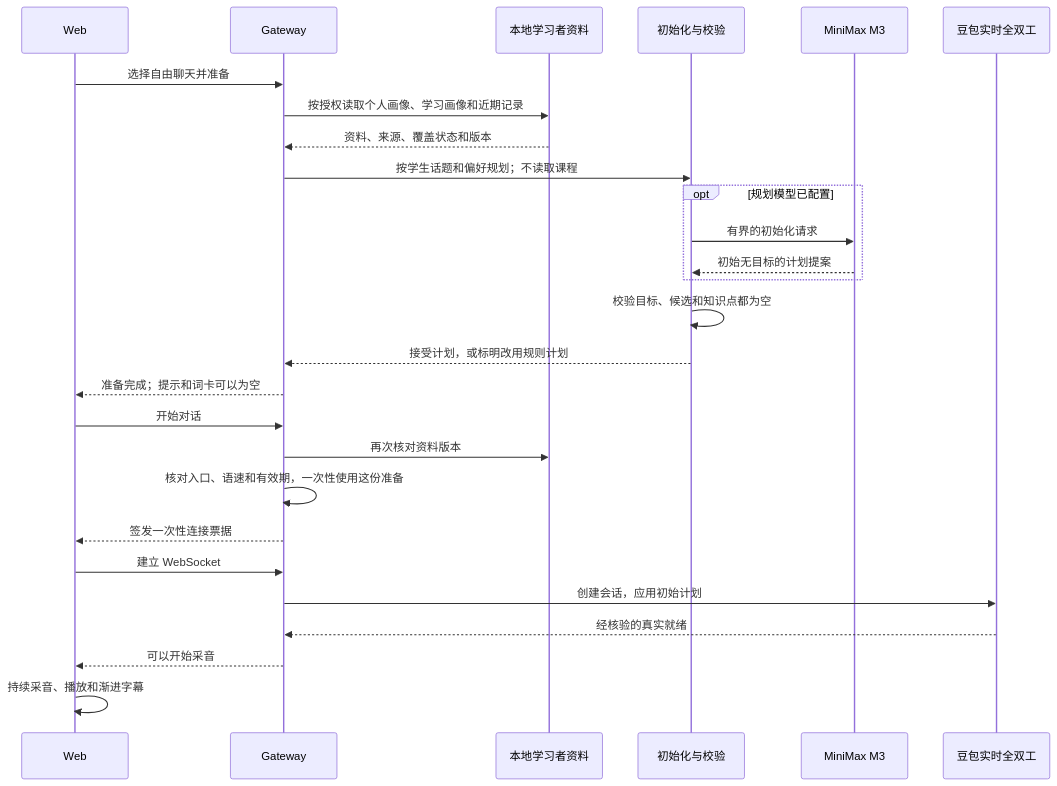
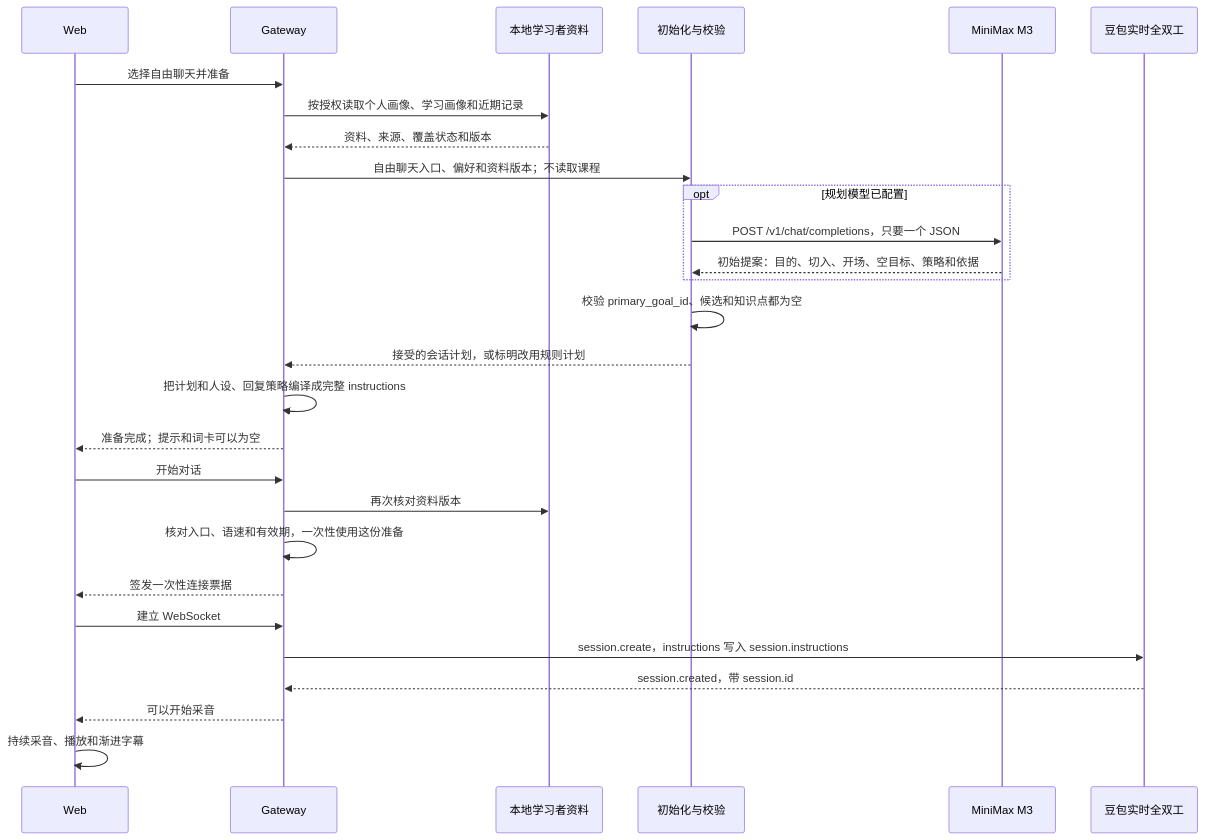
One commit to yqhuang-cyber/ask-kai-freetalk changed the second of 3 diagrams in README.md. Above: the diagram before and after it, drawn with Mermaid. The commit also changed other lines of this file, not shown here.

````diff
--- a/README.md
+++ b/README.md
@@ -90,29 +90,30 @@
 ```mermaid
 sequenceDiagram
     participant W as Web
     participant G as Gateway
     participant H as 本地学习者资料
     participant C as 初始化与校验
     participant L as MiniMax M3
     participant P as 豆包实时全双工
     W->>G: 选择自由聊天并准备
     G->>H: 按授权读取个人画像、学习画像和近期记录
     H-->>G: 资料、来源、覆盖状态和版本
-    G->>C: 按学生话题和偏好规划；不读取课程
+    G->>C: 自由聊天入口、偏好和资料版本；不读取课程
     opt 规划模型已配置
-        C->>L: 有界的初始化请求
-        L-->>C: 初始无目标的计划提案
+        C->>L: POST /v1/chat/completions，只要一个 JSON
+        L-->>C: 初始提案：目的、切入、开场、空目标、策略和依据
     end
-    C->>C: 校验目标、候选和知识点都为空
-    C-->>G: 接受计划，或标明改用规则计划
+    C->>C: 校验 primary_goal_id、候选和知识点都为空
+    C-->>G: 接受的会话计划，或标明改用规则计划
+    G->>G: 把计划和人设、回复策略编译成完整 instructions
     G-->>W: 准备完成；提示和词卡可以为空
     W->>G: 开始对话
     G->>H: 再次核对资料版本
     G->>G: 核对入口、语速和有效期，一次性使用这份准备
     G-->>W: 签发一次性连接票据
     W->>G: 建立 WebSocket
-    G->>P: 创建会话，应用初始计划
-    P-->>G: 经核验的真实就绪
+    G->>P: session.create，instructions 写入 session.instructions
+    P-->>G: session.created，带 session.id
     G-->>W: 可以开始采音
     W->>W: 持续采音、播放和渐进字幕
 ```
````
